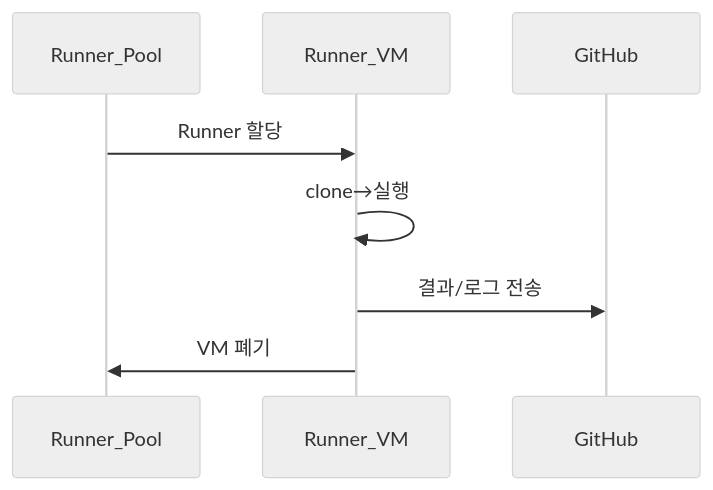
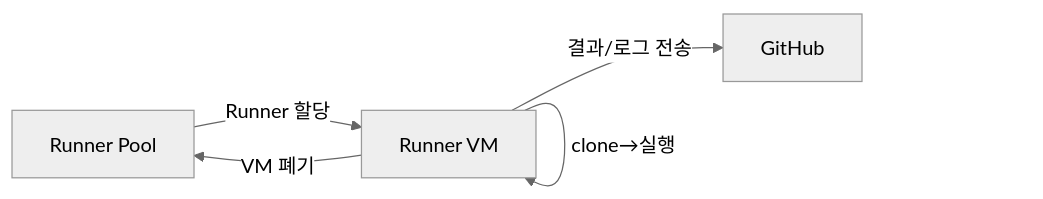
The second of 5 diagrams in _posts/cicd/2026-05-03-github-actions-deep.md (yjkim2015/yjkim2015.github.io), drawn with Mermaid (neutral theme) before and after one commit. The commit also changed other lines of this file and 84 other files, not shown here.

First line of the commit message:
85개 포스트 Mermaid 다이어그램 규칙 일괄 수정

````diff
--- a/_posts/cicd/2026-05-03-github-actions-deep.md
+++ b/_posts/cicd/2026-05-03-github-actions-deep.md
@@ -47,7 +47,10 @@
 ```mermaid
-sequenceDiagram
-    Runner_Pool->>Runner_VM: Runner 할당
-    Runner_VM->>Runner_VM: clone→실행
-    Runner_VM->>GitHub: 결과/로그 전송
-    Runner_VM->>Runner_Pool: VM 폐기
+graph LR
+    RP["Runner Pool"]
+    VM["Runner VM"]
+    GH["GitHub"]
+    RP -->|"Runner 할당"| VM
+    VM -->|"clone→실행"| VM
+    VM -->|"결과/로그 전송"| GH
+    VM -->|"VM 폐기"| RP
 ```
````
